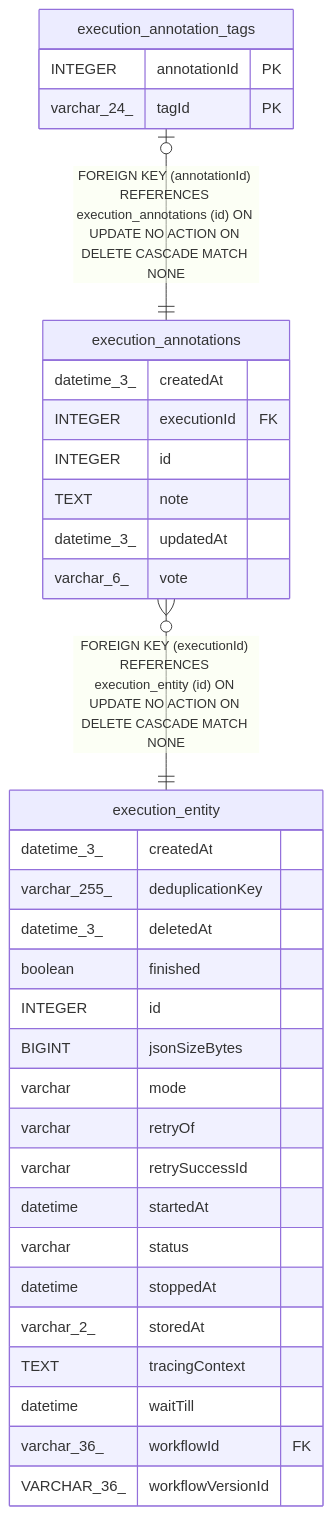
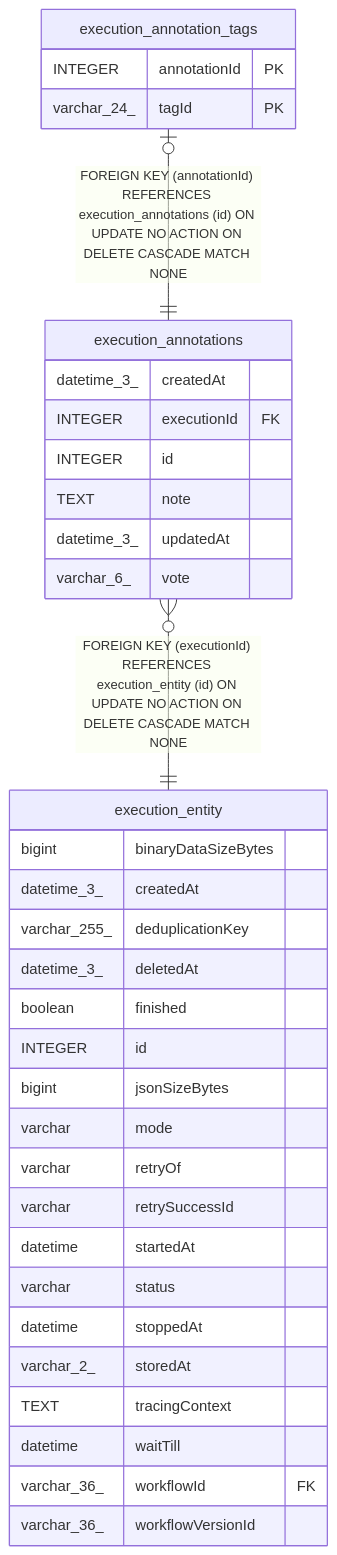
One commit to koreatest12/studys changed the diagram in n8n_integration/n8n_source/docs/generated/sqlite-schema/execution_annotations.md. Above: the diagram before and after it, drawn with Mermaid. The commit also changed 2111 other files, not shown here.

````diff
--- a/n8n_integration/n8n_source/docs/generated/sqlite-schema/execution_annotations.md
+++ b/n8n_integration/n8n_source/docs/generated/sqlite-schema/execution_annotations.md
@@ -40,38 +40,39 @@
 ```mermaid
 erDiagram
 
 "execution_annotations" }o--|| "execution_entity" : "FOREIGN KEY (executionId) REFERENCES execution_entity (id) ON UPDATE NO ACTION ON DELETE CASCADE MATCH NONE"
 "execution_annotation_tags" |o--|| "execution_annotations" : "FOREIGN KEY (annotationId) REFERENCES execution_annotations (id) ON UPDATE NO ACTION ON DELETE CASCADE MATCH NONE"
 
 "execution_annotations" {
   datetime_3_ createdAt
   INTEGER executionId FK
   INTEGER id
   TEXT note
   datetime_3_ updatedAt
   varchar_6_ vote
 }
 "execution_entity" {
+  bigint binaryDataSizeBytes
   datetime_3_ createdAt
   varchar_255_ deduplicationKey
   datetime_3_ deletedAt
   boolean finished
   INTEGER id
-  BIGINT jsonSizeBytes
+  bigint jsonSizeBytes
   varchar mode
   varchar retryOf
   varchar retrySuccessId
   datetime startedAt
   varchar status
   datetime stoppedAt
   varchar_2_ storedAt
   TEXT tracingContext
   datetime waitTill
   varchar_36_ workflowId FK
-  VARCHAR_36_ workflowVersionId
+  varchar_36_ workflowVersionId
 }
 "execution_annotation_tags" {
   INTEGER annotationId PK
   varchar_24_ tagId PK
 }
 ```
````
